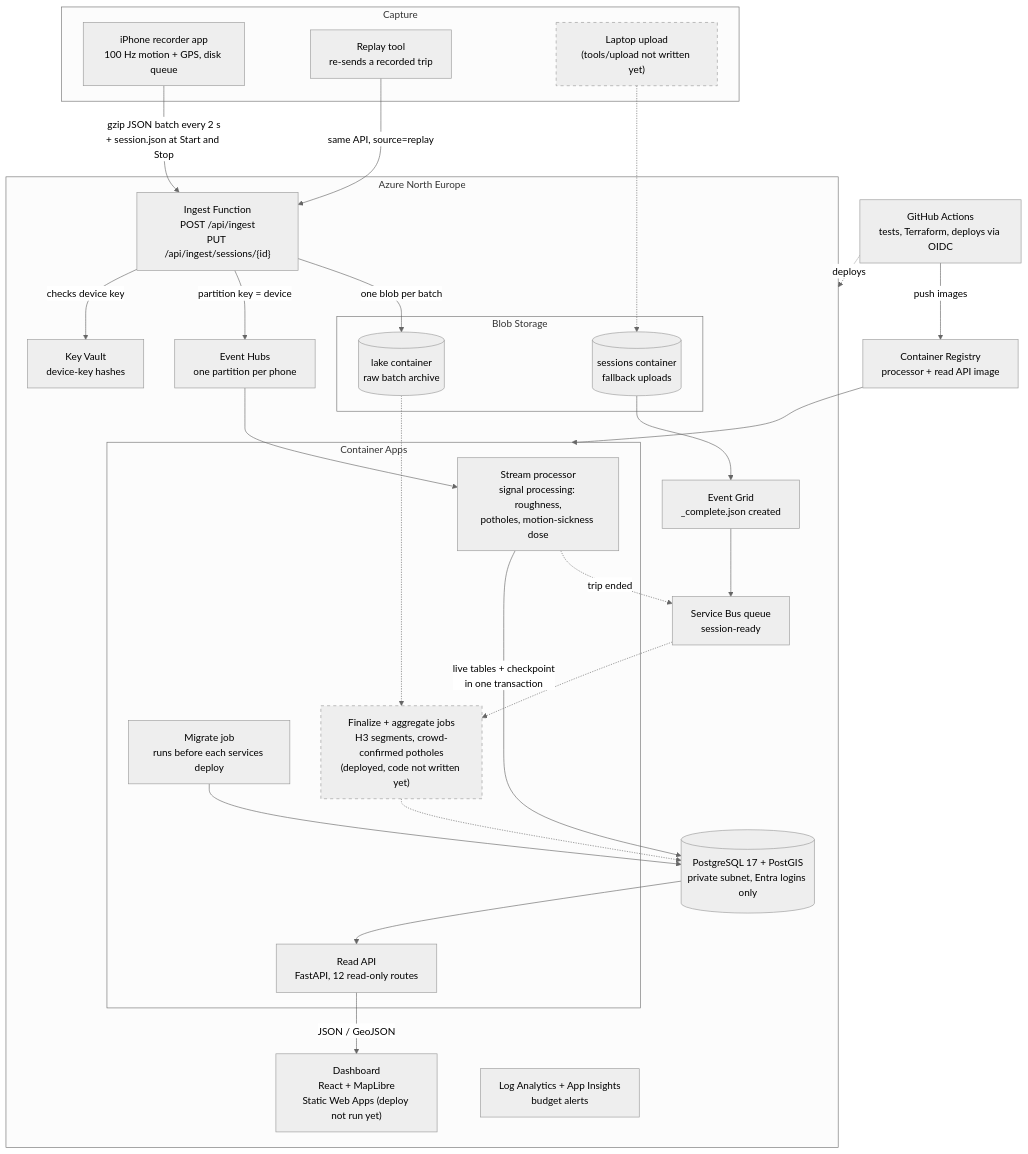
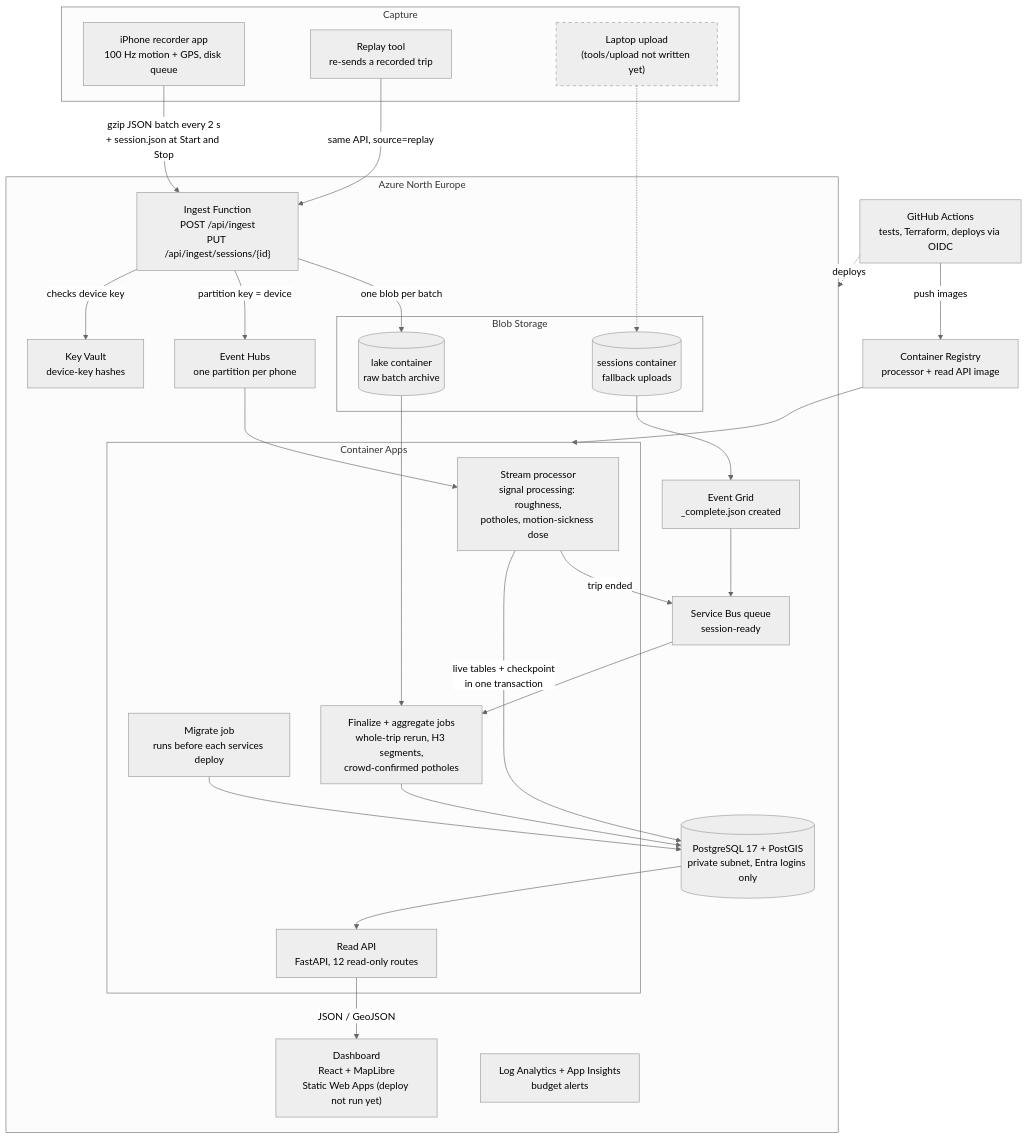
Before and after one commit to ghimpumihai/Bumpy: the diagram in README.md, drawn with Mermaid (neutral theme). The commit also changed other lines of this file and 20 other files, not shown here.

First line of the commit message:
Add the finalize and aggregate jobs, and queue trips when they end

````diff
--- a/README.md
+++ b/README.md
@@ -5,59 +5,59 @@
 ```mermaid
 flowchart TB
   subgraph CAPTURE["Capture"]
     phone["iPhone recorder app<br/>100 Hz motion + GPS, disk queue"]
     replay["Replay tool<br/>re-sends a recorded trip"]
     laptop["Laptop upload<br/>(tools/upload not written yet)"]
   end
 
   subgraph AZURE["Azure North Europe"]
     ingest["Ingest Function<br/>POST /api/ingest<br/>PUT /api/ingest/sessions/{id}"]
     kv["Key Vault<br/>device-key hashes"]
     eh["Event Hubs<br/>one partition per phone"]
 
     subgraph STORAGE["Blob Storage"]
       lake[("lake container<br/>raw batch archive")]
       sessions[("sessions container<br/>fallback uploads")]
     end
 
     eg["Event Grid<br/>_complete.json created"]
     sb["Service Bus queue<br/>session-ready"]
 
     subgraph CAE["Container Apps"]
       proc["Stream processor<br/>signal processing: roughness,<br/>potholes, motion-sickness dose"]
       migrate["Migrate job<br/>runs before each services deploy"]
       read["Read API<br/>FastAPI, 12 read-only routes"]
-      finalize["Finalize + aggregate jobs<br/>H3 segments, crowd-confirmed potholes<br/>(deployed, code not written yet)"]
+      finalize["Finalize + aggregate jobs<br/>whole-trip rerun, H3 segments,<br/>crowd-confirmed potholes"]
     end
 
     pg[("PostgreSQL 17 + PostGIS<br/>private subnet, Entra logins only")]
     web["Dashboard<br/>React + MapLibre<br/>Static Web Apps (deploy not run yet)"]
     ops["Log Analytics + App Insights<br/>budget alerts"]
   end
 
   gh["GitHub Actions<br/>tests, Terraform, deploys via OIDC"]
   acr["Container Registry<br/>processor + read API image"]
 
   phone -->|"gzip JSON batch every 2 s<br/>+ session.json at Start and Stop"| ingest
   replay -->|"same API, source=replay"| ingest
   ingest -->|"checks device key"| kv
   ingest -->|"partition key = device"| eh
   ingest -->|"one blob per batch"| lake
   eh --> proc
   proc -->|"live tables + checkpoint<br/>in one transaction"| pg
   migrate --> pg
   pg --> read -->|"JSON / GeoJSON"| web
 
-  proc -.->|"trip ended"| sb
+  proc -->|"trip ended"| sb
   laptop -.-> sessions --> eg --> sb
-  sb -.-> finalize
-  lake -.-> finalize
-  finalize -.-> pg
+  sb --> finalize
+  lake --> finalize
+  finalize --> pg
 
   gh -->|"push images"| acr
   acr --> CAE
   gh -.->|"deploys"| AZURE
 
   classDef planned stroke-dasharray: 5 5
-  class finalize,laptop planned
+  class laptop planned
 ```
````
